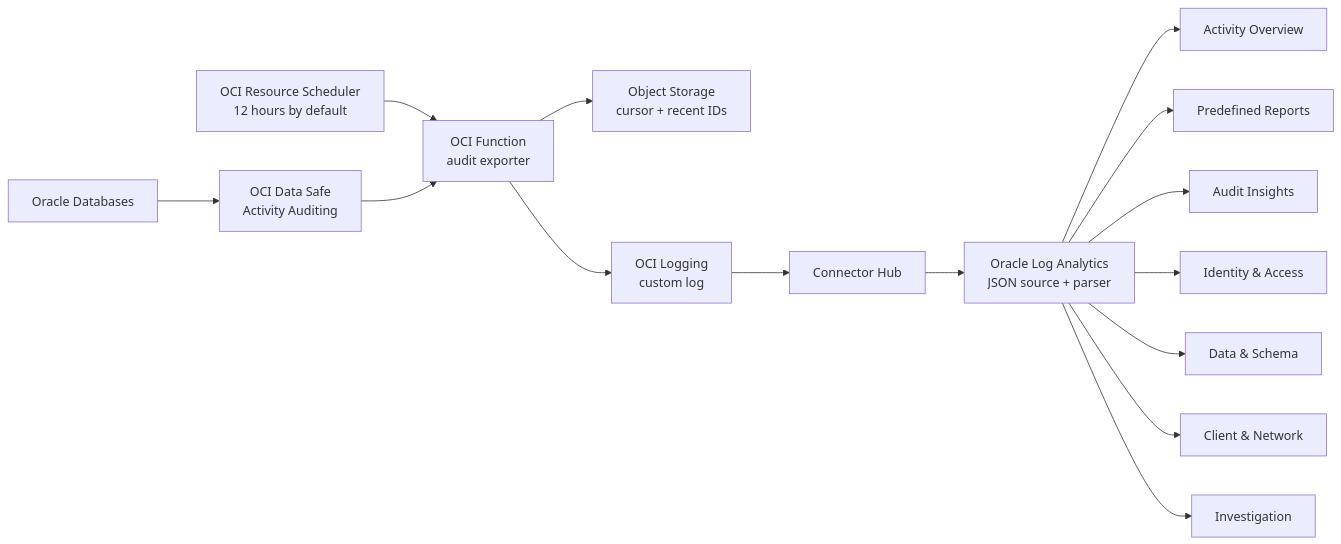
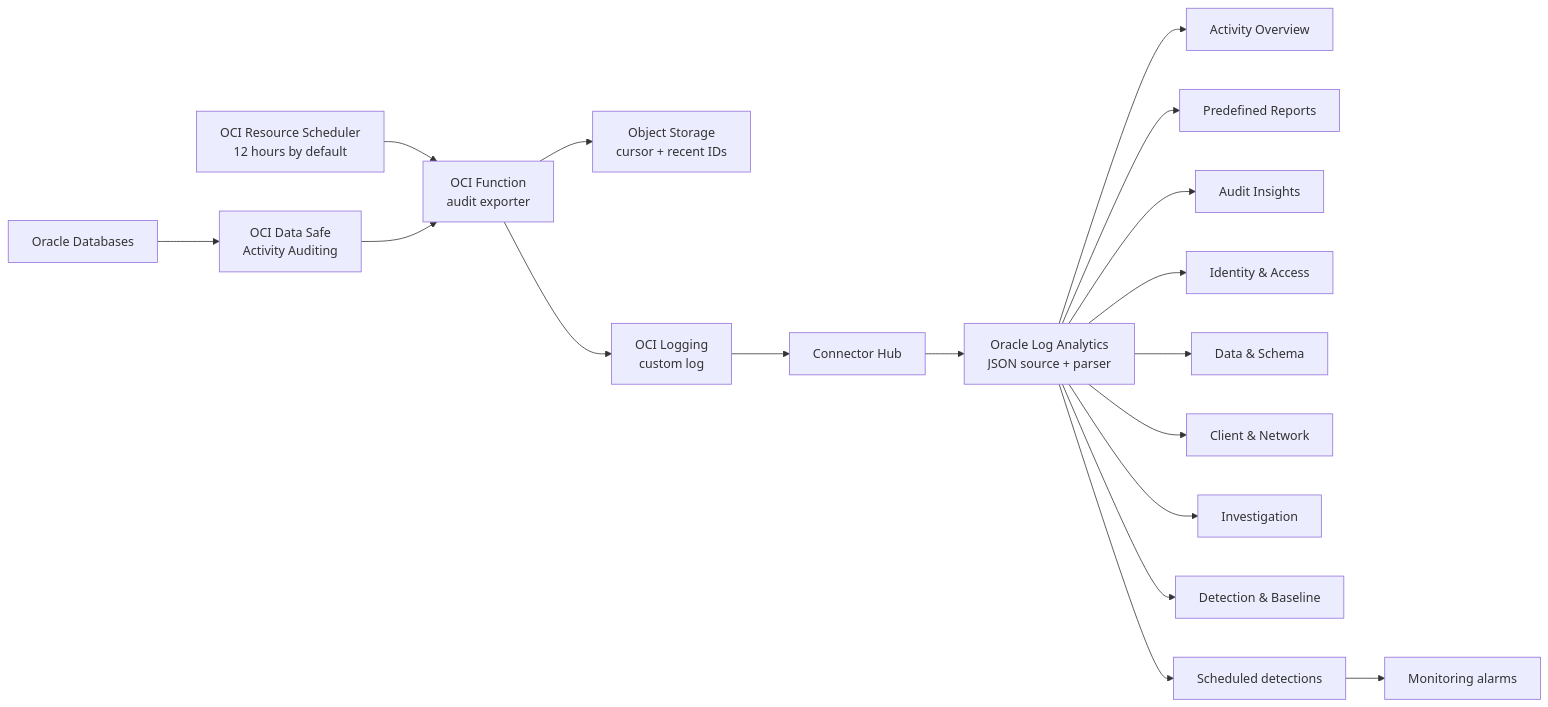
The diagram in README.md (adibirzu/oci-datasafe-log-analytics-dashboards), drawn with Mermaid before and after one commit. The commit also changed other lines of this file and 46 other files, not shown here.

Commit message:
feat: harden Data Safe analytics production flow

````diff
--- a/README.md
+++ b/README.md
@@ -38,17 +40,20 @@
 ```mermaid
 flowchart LR
     DB["Oracle Databases"] --> DS["OCI Data Safe<br/>Activity Auditing"]
     RS["OCI Resource Scheduler<br/>12 hours by default"] --> FN["OCI Function<br/>audit exporter"]
     DS --> FN
     FN --> CURSOR["Object Storage<br/>cursor + recent IDs"]
     FN --> LOG["OCI Logging<br/>custom log"]
     LOG --> SCH["Connector Hub"]
     SCH --> LA["Oracle Log Analytics<br/>JSON source + parser"]
     LA --> D1["Activity Overview"]
     LA --> D2["Predefined Reports"]
     LA --> D3["Audit Insights"]
     LA --> D4["Identity & Access"]
     LA --> D5["Data & Schema"]
     LA --> D6["Client & Network"]
     LA --> D7["Investigation"]
+    LA --> D8["Detection & Baseline"]
+    LA --> DET["Scheduled detections"]
+    DET --> MON["Monitoring alarms"]
 ```
````
